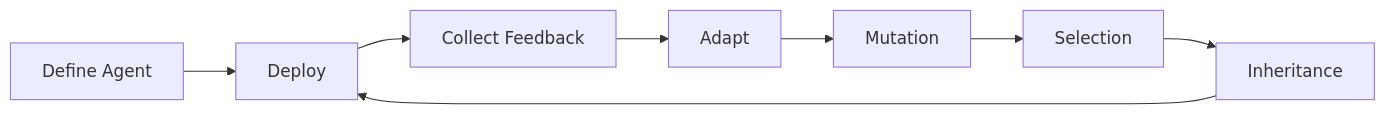
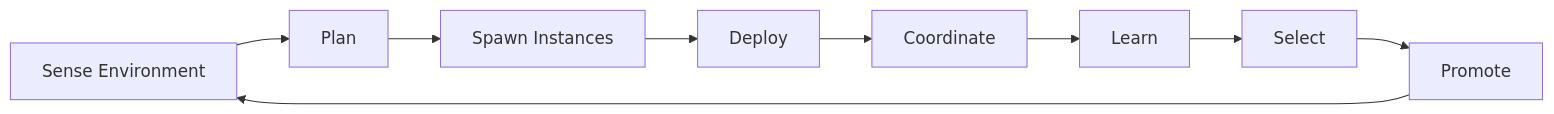
One commit to LucasGonzmind/FORKTREE changed the diagram in README.md. Above: the diagram before and after it, drawn with Mermaid. The commit also changed other lines of this file, not shown here.

````diff
--- a/README.md
+++ b/README.md
@@ -103,10 +112,11 @@
 ```mermaid
 flowchart LR
-A[Define Agent] --> B[Deploy]
-B --> C[Collect Feedback]
-C --> D[Adapt]
-D --> E[Mutation]
-E --> F[Selection]
-F --> G[Inheritance]
-G --> B
+A[Sense Environment] --> B[Plan]
+B --> C[Spawn Instances]
+C --> D[Deploy]
+D --> E[Coordinate]
+E --> F[Learn]
+F --> G[Select]
+G --> H[Promote]
+H --> A
 ```
````
